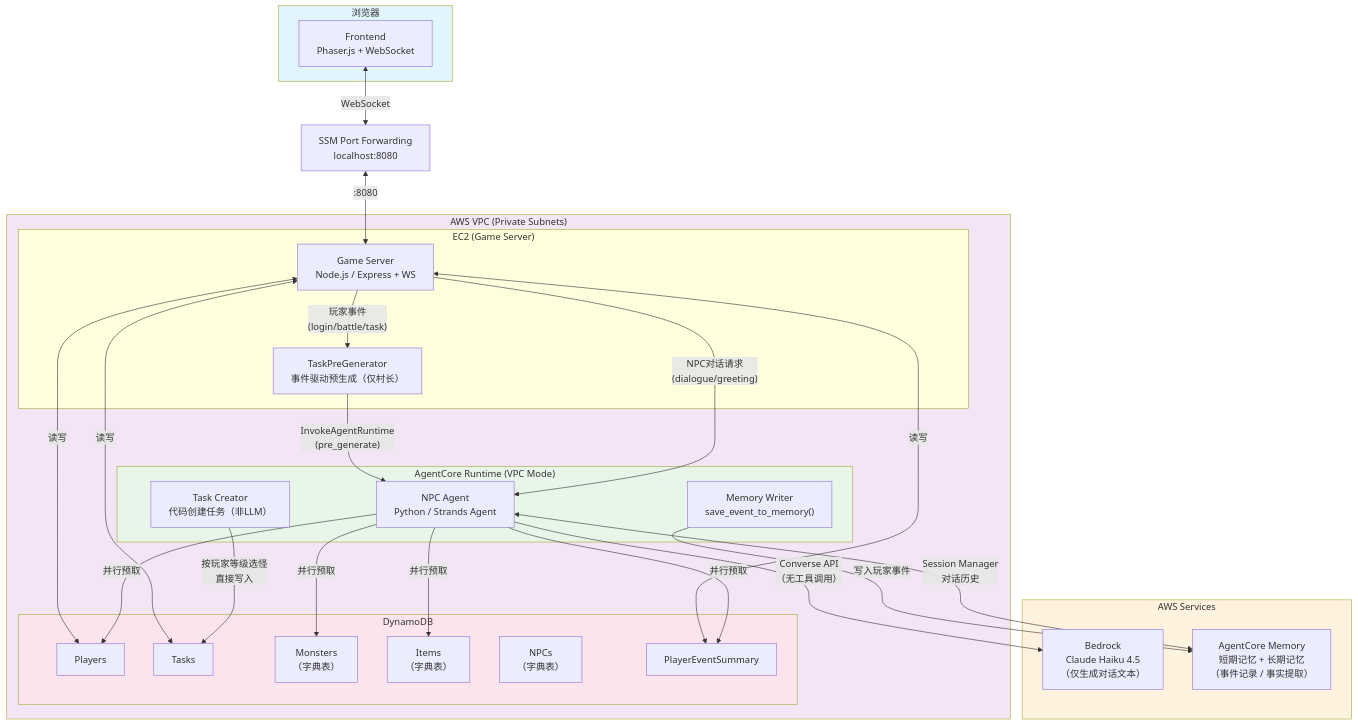
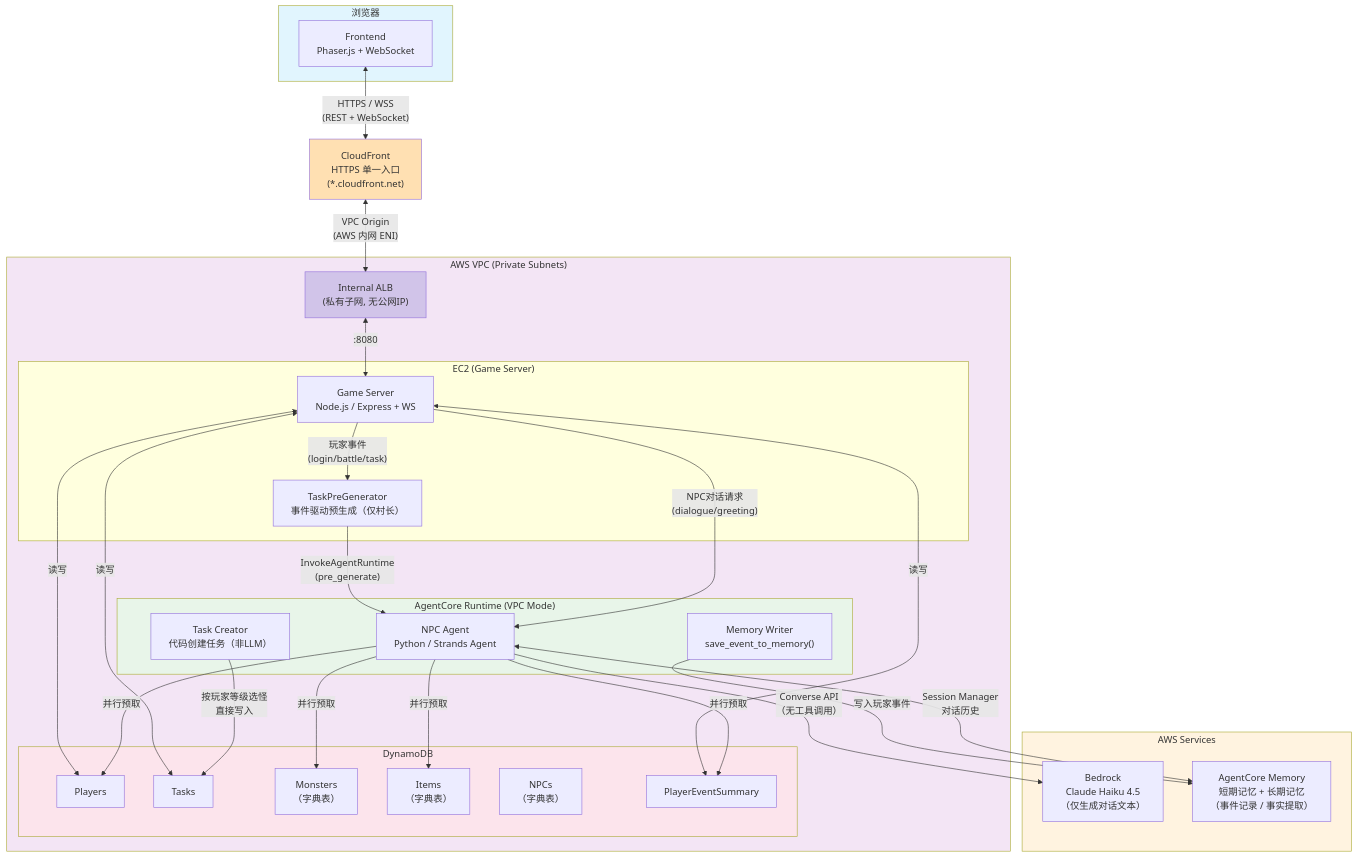
Before and after one commit to malphi/game-demo: the first of 2 diagrams in architecture-analysis.md, drawn with Mermaid. The commit also changed other lines of this file and 6 other files, not shown here.

````diff
--- a/architecture-analysis.md
+++ b/architecture-analysis.md
@@ -13,63 +13,67 @@
 ```mermaid
 graph TB
     subgraph Browser["浏览器"]
         FE["Frontend<br/>Phaser.js + WebSocket"]
     end
 
+    CF["CloudFront<br/>HTTPS 单一入口<br/>(*.cloudfront.net)"]
+
     subgraph VPC["AWS VPC (Private Subnets)"]
+        ALB["Internal ALB<br/>(私有子网, 无公网IP)"]
         subgraph EC2["EC2 (Game Server)"]
             GS["Game Server<br/>Node.js / Express + WS"]
             PG["TaskPreGenerator<br/>事件驱动预生成（仅村长）"]
         end
 
         subgraph AgentCore["AgentCore Runtime (VPC Mode)"]
             NPC["NPC Agent<br/>Python / Strands Agent"]
             MEM_W["Memory Writer<br/>save_event_to_memory()"]
             TASK_C["Task Creator<br/>代码创建任务（非LLM）"]
         end
 
         subgraph DDB["DynamoDB"]
             Players["Players"]
             Tasks["Tasks"]
             Monsters["Monsters<br/>（字典表）"]
             Items["Items<br/>（字典表）"]
             NPCs_T["NPCs<br/>（字典表）"]
             Events["PlayerEventSummary"]
         end
     end
 
     subgraph AWS_Services["AWS Services"]
         Bedrock["Bedrock<br/>Claude Haiku 4.5<br/>（仅生成对话文本）"]
         Memory["AgentCore Memory<br/>短期记忆 + 长期记忆<br/>（事件记录 / 事实提取）"]
     end
 
-    SSM["SSM Port Forwarding<br/>localhost:8080"]
-
-    FE <-->|"WebSocket"| SSM
-    SSM <-->|":8080"| GS
+    FE <-->|"HTTPS / WSS<br/>(REST + WebSocket)"| CF
+    CF <-->|"VPC Origin<br/>(AWS 内网 ENI)"| ALB
+    ALB <-->|":8080"| GS
 
     GS -->|"玩家事件<br/>(login/battle/task)"| PG
     PG -->|"InvokeAgentRuntime<br/>(pre_generate)"| NPC
     GS -->|"NPC对话请求<br/>(dialogue/greeting)"| NPC
 
     GS <-->|"读写"| Players
     GS <-->|"读写"| Tasks
     GS <-->|"读写"| Events
 
     NPC -->|"并行预取"| Players
     NPC -->|"并行预取"| Monsters
     NPC -->|"并行预取"| Items
     NPC -->|"并行预取"| Events
 
     TASK_C -->|"按玩家等级选怪<br/>直接写入"| Tasks
     MEM_W -->|"写入玩家事件"| Memory
 
     NPC -->|"Converse API<br/>（无工具调用）"| Bedrock
     NPC <-->|"Session Manager<br/>对话历史"| Memory
 
     style Browser fill:#e1f5fe
+    style CF fill:#ffe0b2
+    style ALB fill:#d1c4e9
     style VPC fill:#f3e5f5
     style AWS_Services fill:#fff3e0
     style AgentCore fill:#e8f5e9
     style DDB fill:#fce4ec
 ```
````
